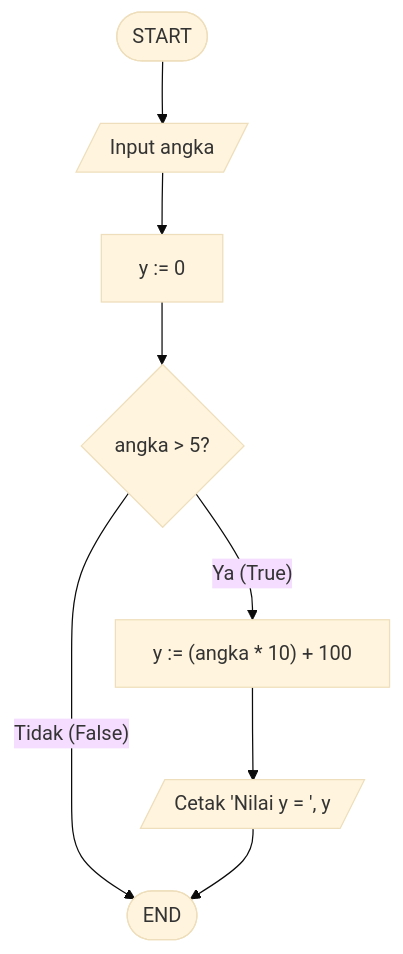
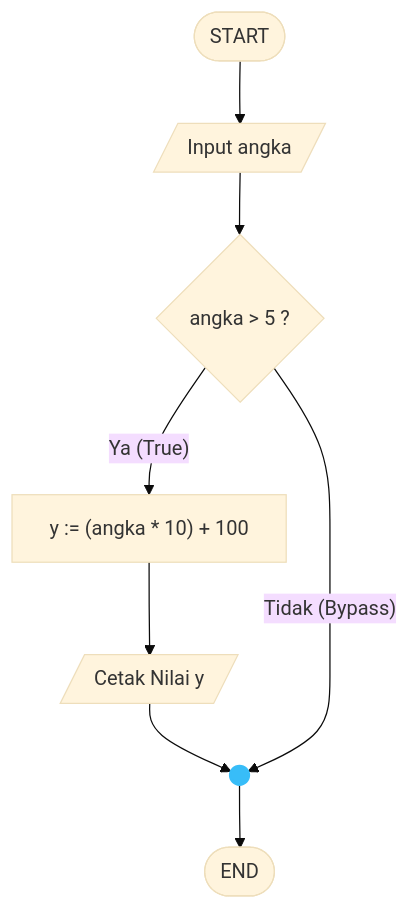
Before and after one commit to hekall21/academic-digital-binder: the second of 10 diagrams in docs/PANDUAN_LENGKAP_KODE_PASCAL_DAN_FLOWCHART_ALGO_PEMRO_P5_P6.md, drawn with Mermaid (base theme). The commit also changed other lines of this file, not shown here.

Commit message:
docs(flowcharts): standardize mermaid junctions with ANSI on-page connectors

````diff
--- a/docs/PANDUAN_LENGKAP_KODE_PASCAL_DAN_FLOWCHART_ALGO_PEMRO_P5_P6.md
+++ b/docs/PANDUAN_LENGKAP_KODE_PASCAL_DAN_FLOWCHART_ALGO_PEMRO_P5_P6.md
@@ -96,10 +98,11 @@
 ```mermaid
 flowchart TD
     Start(["START"]) --> Input[/"Input angka"/]
-    Input --> Init["y := 0"]
-    Init --> Cond{"angka > 5?"}
+    Input --> Cond{"angka > 5 ?"}
     Cond -- "Ya (True)" --> Calc["y := (angka * 10) + 100"]
-    Cond -- "Tidak (False)" --> End(["END"])
-    Calc --> Print[/"Cetak 'Nilai y = ', y"/]
-    Print --> End
+    Calc --> Print[/"Cetak Nilai y"/]
+    Print --> Junction(( ))
+    Cond -- "Tidak (Bypass)" --> Junction
+    Junction --> End(["END"])
+    style Junction fill:#38BDF8,stroke:#38BDF8,stroke-width:2px
 ```
````
